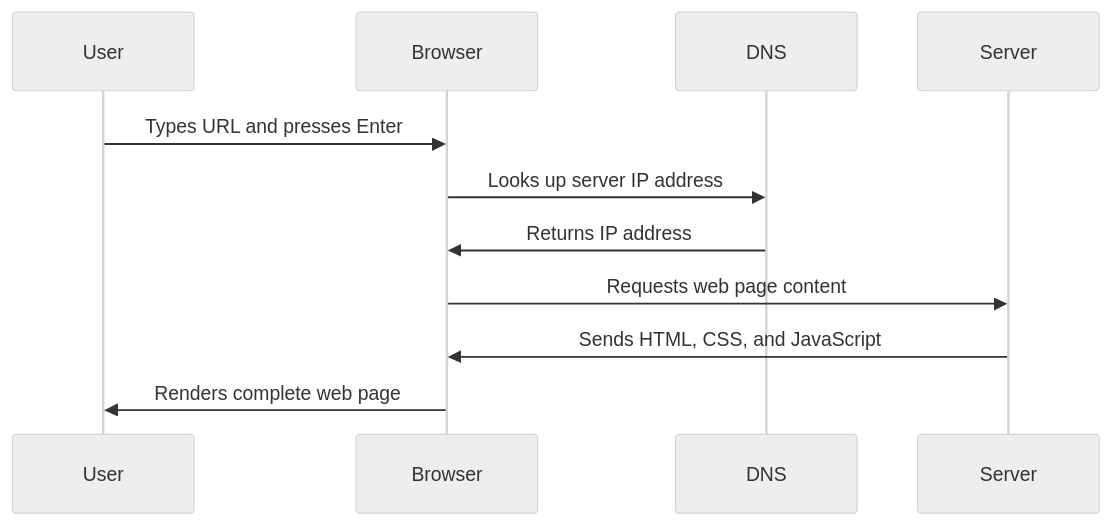
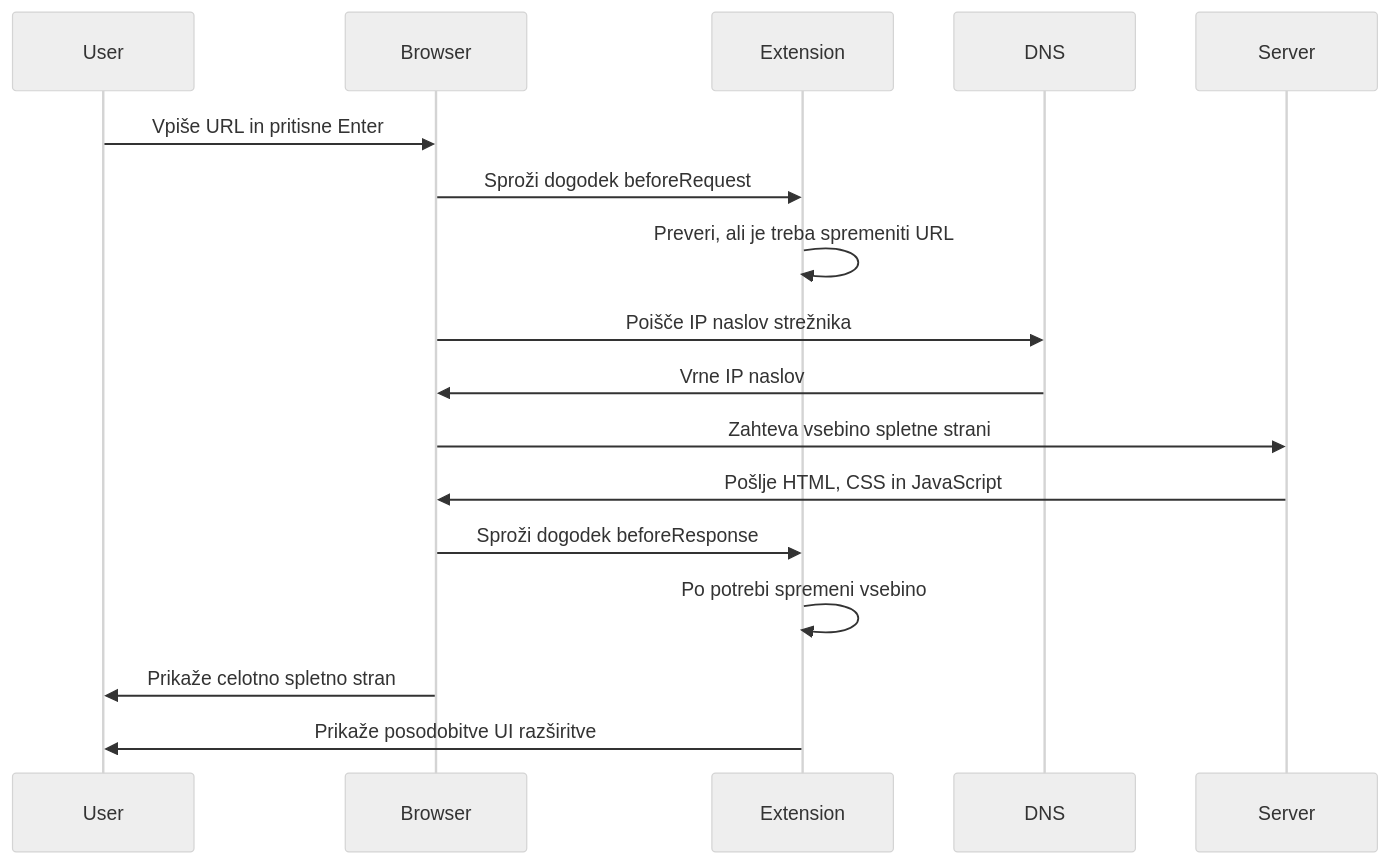
Before and after one commit to microsoft/Web-Dev-For-Beginners: the third of 6 diagrams in translations/sl/5-browser-extension/1-about-browsers/README.md, drawn with Mermaid (neutral theme). The commit also changed other lines of this file and 99 other files, not shown here.

````diff
--- a/translations/sl/5-browser-extension/1-about-browsers/README.md
+++ b/translations/sl/5-browser-extension/1-about-browsers/README.md
@@ -42,14 +87,20 @@
 ```mermaid
 sequenceDiagram
     participant User
     participant Browser
+    participant Extension
     participant DNS
     participant Server
     
-    User->>Browser: Types URL and presses Enter
-    Browser->>DNS: Looks up server IP address
-    DNS->>Browser: Returns IP address
-    Browser->>Server: Requests web page content
-    Server->>Browser: Sends HTML, CSS, and JavaScript
-    Browser->>User: Renders complete web page
+    User->>Browser: Vpiše URL in pritisne Enter
+    Browser->>Extension: Sproži dogodek beforeRequest
+    Extension->>Extension: Preveri, ali je treba spremeniti URL
+    Browser->>DNS: Poišče IP naslov strežnika
+    DNS->>Browser: Vrne IP naslov
+    Browser->>Server: Zahteva vsebino spletne strani
+    Server->>Browser: Pošlje HTML, CSS in JavaScript
+    Browser->>Extension: Sproži dogodek beforeResponse
+    Extension->>Extension: Po potrebi spremeni vsebino
+    Browser->>User: Prikaže celotno spletno stran
+    Extension->>User: Prikaže posodobitve UI razširitve
 ```
````
